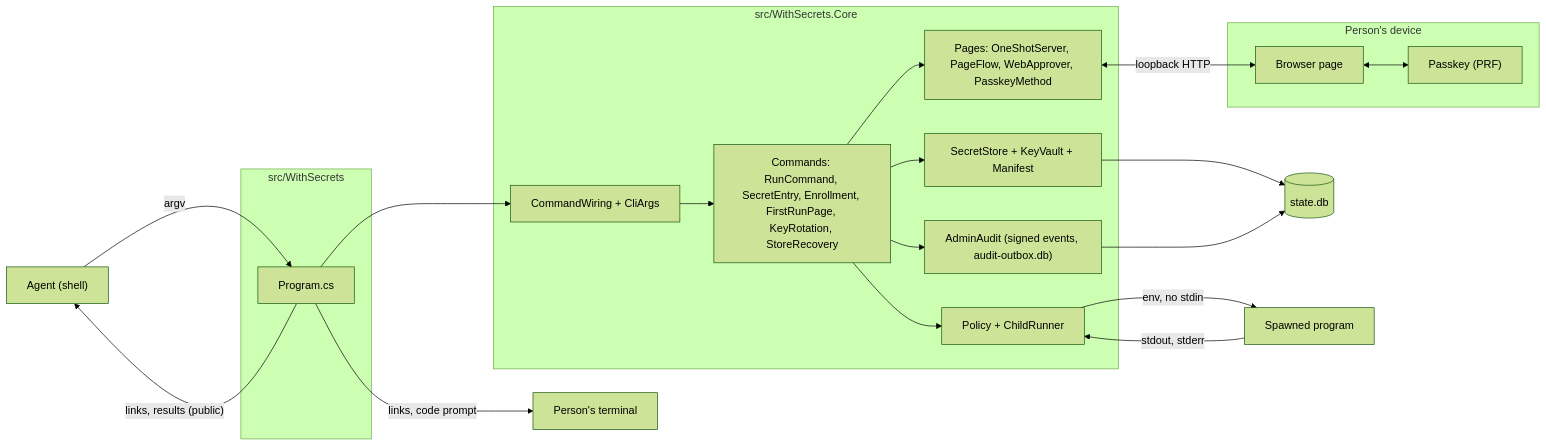
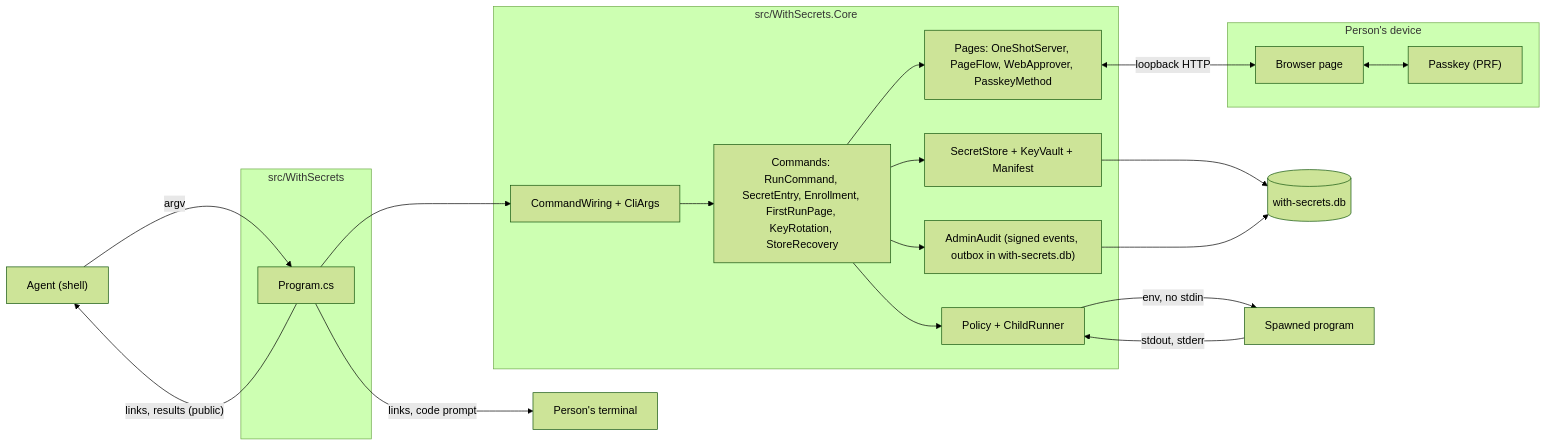
Before and after one commit to CodePenguin/with-secrets: the first of 8 diagrams in docs/architecture.md, drawn with Mermaid (forest theme). The commit also changed other lines of this file and 147 other files, not shown here.

````diff
--- a/docs/architecture.md
+++ b/docs/architecture.md
@@ -17,37 +17,37 @@
 ```mermaid
 flowchart LR
     Agent["Agent (shell)"]
     Term["Person's terminal"]
     subgraph Dev["Person's device"]
         Browser["Browser page"]
         Passkey["Passkey (PRF)"]
     end
     subgraph CLI["src/WithSecrets"]
         Prog["Program.cs"]
     end
     subgraph Core["src/WithSecrets.Core"]
         Wire["CommandWiring + CliArgs"]
         Cmds["Commands: RunCommand, SecretEntry, Enrollment, FirstRunPage, KeyRotation, StoreRecovery"]
         Pages["Pages: OneShotServer, PageFlow, WebApprover, PasskeyMethod"]
         Pol["Policy + ChildRunner"]
         Vault["SecretStore + KeyVault + Manifest"]
-        Audit["AdminAudit (signed events, audit-outbox.db)"]
+        Audit["AdminAudit (signed events, outbox in with-secrets.db)"]
     end
-    DB[("state.db")]
+    DB[("with-secrets.db")]
     Child["Spawned program"]
 
     Agent -->|"argv"| Prog
     Prog --> Wire --> Cmds
     Cmds --> Pages
     Cmds --> Pol
     Cmds --> Vault
     Cmds --> Audit
     Vault --> DB
     Audit --> DB
     Pol -->|"env, no stdin"| Child
     Child -->|"stdout, stderr"| Pol
     Prog -->|"links, results (public)"| Agent
     Prog -->|"links, code prompt"| Term
     Pages <-->|"loopback HTTP"| Browser
     Browser <--> Passkey
 ```
````
